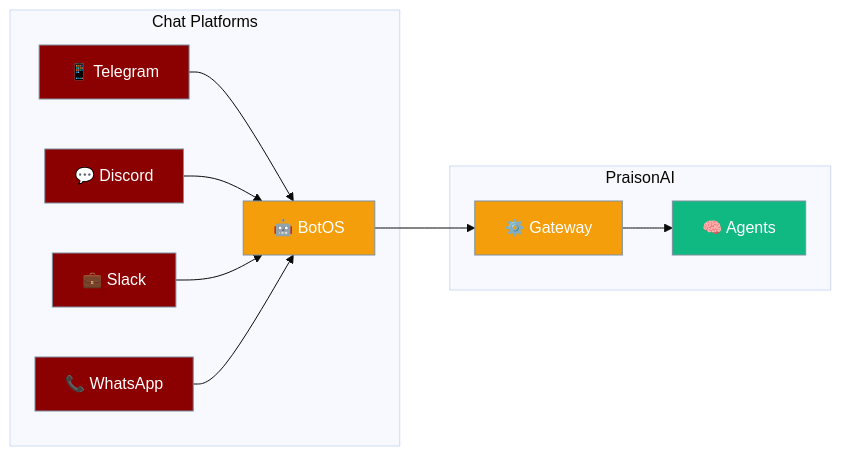
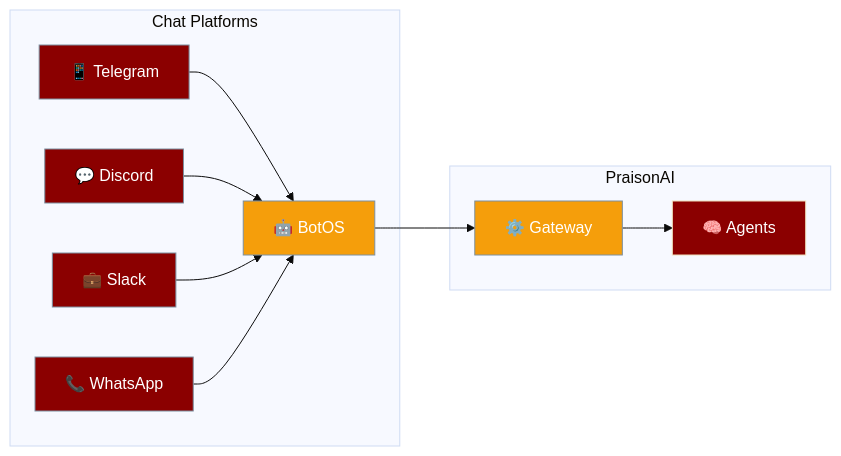
Before and after one commit to MervinPraison/PraisonAIDocs: the diagram in docs/features/channels-gateway.mdx, drawn with Mermaid (base theme). The commit also changed 49 other files, not shown here.

````diff
--- a/docs/features/channels-gateway.mdx
+++ b/docs/features/channels-gateway.mdx
@@ -10,21 +10,22 @@
 ```mermaid
 graph LR
     subgraph "Chat Platforms"
         A[📱 Telegram] --> B[🤖 BotOS]
         C[💬 Discord] --> B
         D[💼 Slack] --> B
         E[📞 WhatsApp] --> B
     end
     subgraph "PraisonAI"
         B --> F[⚙️ Gateway]
         F --> G[🧠 Agents]
     end
     
     classDef platform fill:#8B0000,stroke:#7C90A0,color:#fff
     classDef gateway fill:#F59E0B,stroke:#7C90A0,color:#fff
-    classDef agent fill:#10B981,stroke:#7C90A0,color:#fff
     
+    classDef agent fill:#8B0000,color:#fff
+    classDef tool fill:#189AB4,color:#fff
     class A,C,D,E platform
     class B,F gateway
     class G agent
 ```
````
